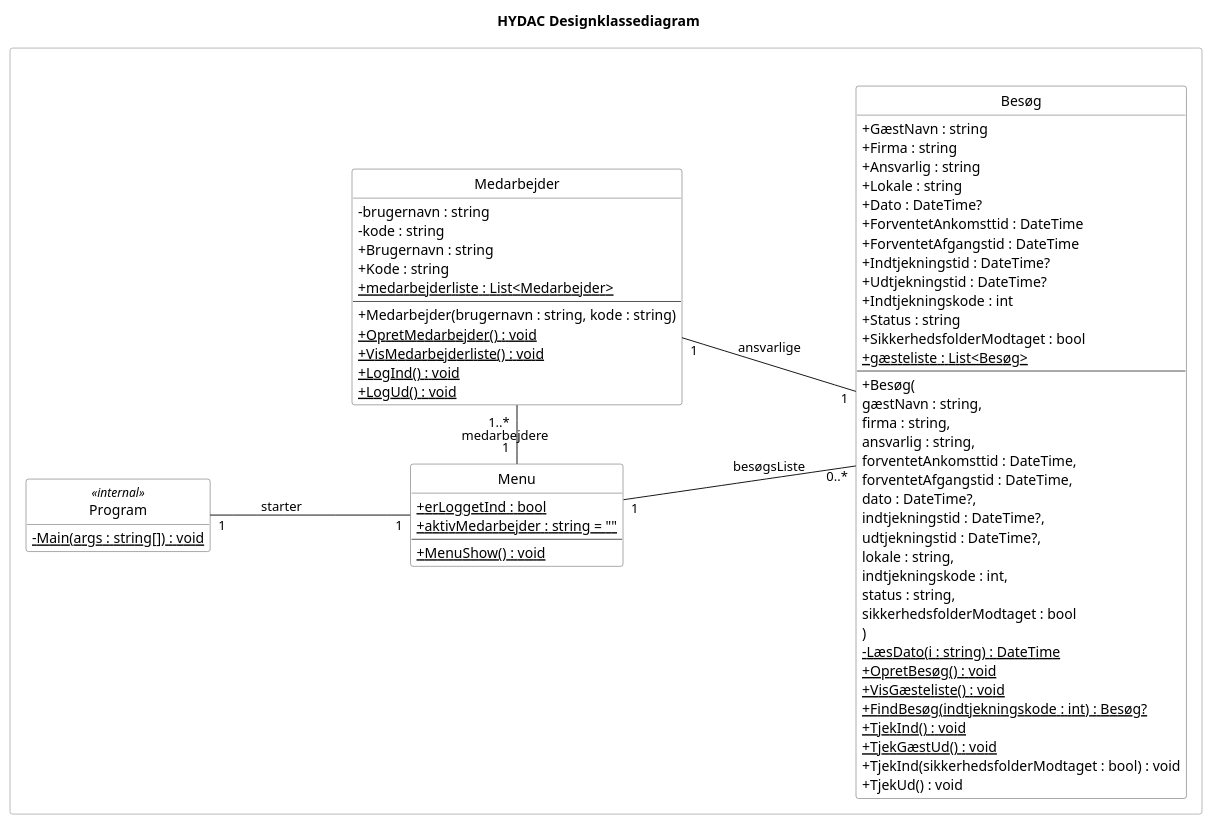
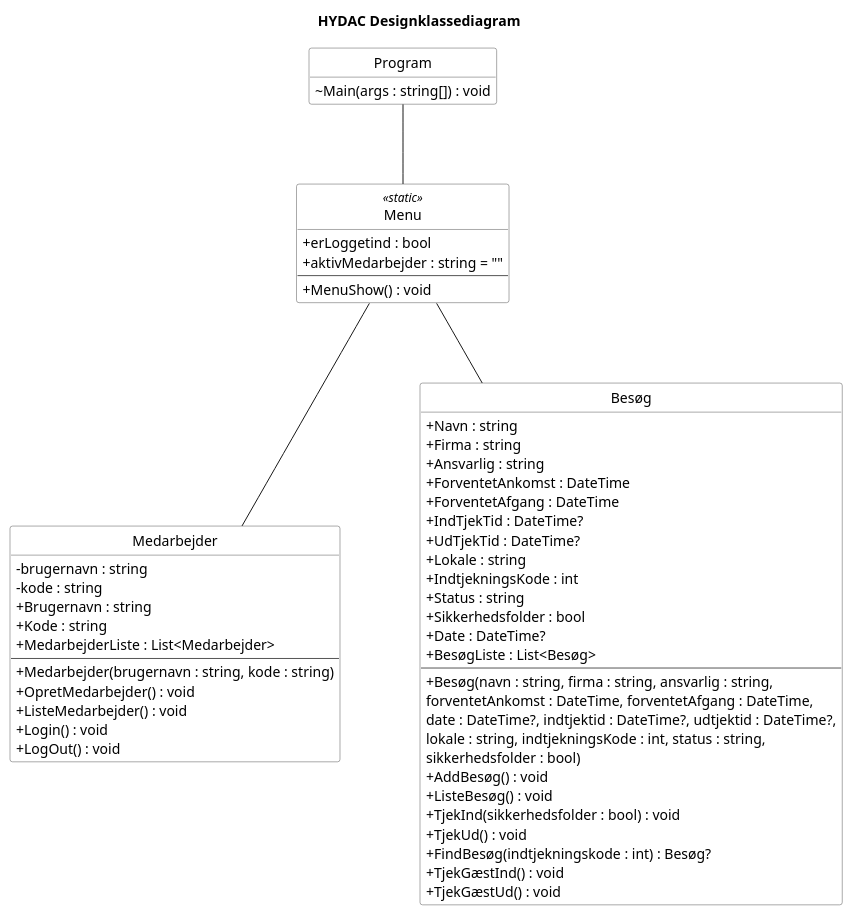
The diagram in 7. Design Class Diagram/7. Design Class Diagram.puml (Zoabz/Hydac), drawn with PlantUML before and after one commit. The commit also changed 10 other files, not shown here.

```diff
--- a/7. Design Class Diagram/7. Design Class Diagram.puml
+++ b/7. Design Class Diagram/7. Design Class Diagram.puml
@@ -1,98 +1,74 @@
 @startuml
 title HYDAC Designklassediagram
 
 hide circle
 hide empty members
 
 skinparam classAttributeIconSize 0
-skinparam pageMargin 40
-left to right direction
-skinparam nodesep 40
-skinparam ranksep 100
-
-skinparam rectangle {
-    BackgroundColor white
-    BorderColor #BBBBBB
-}
+skinparam nodesep 80
+skinparam ranksep 80
 
 skinparam class {
     BackgroundColor white
     BorderColor #555555
 }
 
-rectangle " " as bakgrund {
-
-class Program <<internal>> {
-    - {static} Main(args : string[]) : void
+class Program {
+    ~ Main(args : string[]) : void
 }
 
-
-class Menu {
-    + {static} erLoggetInd : bool
-    + {static} aktivMedarbejder : string = ""
+class Menu <<static>> {
+    + erLoggetind : bool
+    + aktivMedarbejder : string = ""
     --
-    + {static} MenuShow() : void
+    + MenuShow() : void
 }
-
 
 class Medarbejder {
     - brugernavn : string
     - kode : string
     + Brugernavn : string
     + Kode : string
-    + {static} medarbejderliste : List<Medarbejder>
+    + MedarbejderListe : List<Medarbejder>
     --
     + Medarbejder(brugernavn : string, kode : string)
-    + {static} OpretMedarbejder() : void
-    + {static} VisMedarbejderliste() : void
-    + {static} LogInd() : void
-    + {static} LogUd() : void
+    + OpretMedarbejder() : void
+    + ListeMedarbejder() : void
+    + Login() : void
+    + LogOut() : void
 }
 
-
 class Besøg {
-    + GæstNavn : string
+    + Navn : string
     + Firma : string
     + Ansvarlig : string
+    + ForventetAnkomst : DateTime
+    + ForventetAfgang : DateTime
+    + IndTjekTid : DateTime?
+    + UdTjekTid : DateTime?
     + Lokale : string
-    + Dato : DateTime?
-    + ForventetAnkomsttid : DateTime
-    + ForventetAfgangstid : DateTime
-    + Indtjekningstid : DateTime?
-    + Udtjekningstid : DateTime?
-    + Indtjekningskode : int
+    + IndtjekningsKode : int
     + Status : string
-    + SikkerhedsfolderModtaget : bool
-    + {static} gæsteliste : List<Besøg>
+    + Sikkerhedsfolder : bool
+    + Date : DateTime?
+    + BesøgListe : List<Besøg>
     --
-    + Besøg(
-        gæstNavn : string,
-        firma : string,
-        ansvarlig : string,
-        forventetAnkomsttid : DateTime,
-        forventetAfgangstid : DateTime,
-        dato : DateTime?,
-        indtjekningstid : DateTime?,
-        udtjekningstid : DateTime?,
-        lokale : string,
-        indtjekningskode : int,
-        status : string,
-        sikkerhedsfolderModtaget : bool
-    )
-    - {static} LæsDato(i : string) : DateTime
-    + {static} OpretBesøg() : void
-    + {static} VisGæsteliste() : void
-    + {static} FindBesøg(indtjekningskode : int) : Besøg?
-    + {static} TjekInd() : void
-    + {static} TjekGæstUd() : void
-    + TjekInd(sikkerhedsfolderModtaget : bool) : void
+    + Besøg(navn : string, firma : string, ansvarlig : string,
+        forventetAnkomst : DateTime, forventetAfgang : DateTime,
+        date : DateTime?, indtjektid : DateTime?, udtjektid : DateTime?,
+        lokale : string, indtjekningsKode : int, status : string,
+        sikkerhedsfolder : bool)
+    + AddBesøg() : void
+    + ListeBesøg() : void
+    + TjekInd(sikkerhedsfolder : bool) : void
     + TjekUd() : void
+    + FindBesøg(indtjekningskode : int) : Besøg?
+    + TjekGæstInd() : void
+    + TjekGæstUd() : void
 }
+Program -- Menu 
+Menu -- Besøg 
+Menu -- Medarbejder
 
-Program "1" -- "1" Menu : starter
-Menu "1" -- "0..*" Besøg : besøgsListe
-Menu "1  " - "1..*  " Medarbejder :   medarbejdere
-Medarbejder "1" -- "1" Besøg : ansvarlige
-}
 
 @enduml
```
